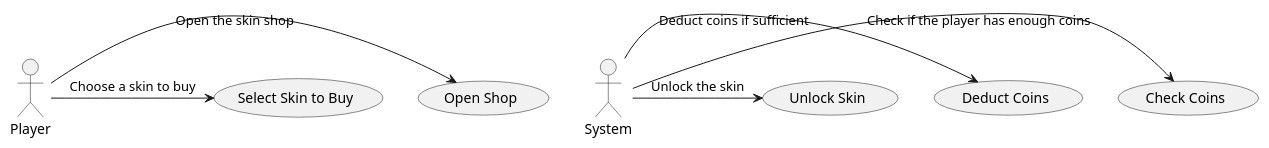
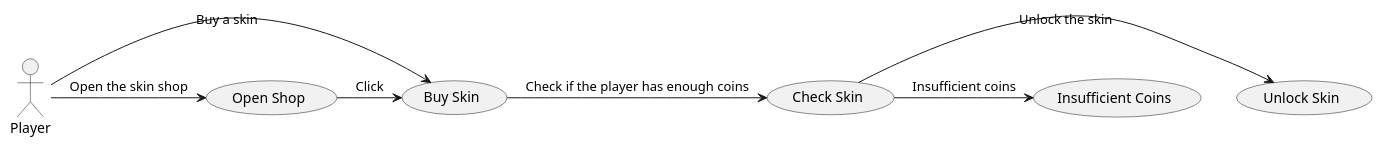
One commit to LosVerinos/Crossy-Road changed the diagram in Diagram/UseCase/buySkin.puml. Above: the diagram before and after it, drawn with PlantUML. The commit also changed 9 other files, not shown here.

```diff
--- a/Diagram/UseCase/buySkin.puml
+++ b/Diagram/UseCase/buySkin.puml
@@ -1,11 +1,11 @@
 @startuml
 actor Player
-actor System
 
-Player -> (Open Shop) : Open the skin shop
-Player -> (Select Skin to Buy) : Choose a skin to buy
-System -> (Check Coins) : Check if the player has enough coins
-System -> (Deduct Coins) : Deduct coins if sufficient
-System -> (Unlock Skin) : Unlock the skin
+(Player) -> (Open Shop) : Open the skin shop
+(Open Shop) -> (Buy Skin): Click
+(Player) -> (Buy Skin) : Buy a skin
+(Buy Skin) -> (Check Skin) : Check if the player has enough coins
+(Check Skin) -> (Unlock Skin) : Unlock the skin
+(Check Skin) -> (Insufficient Coins) : Insufficient coins
 
 @enduml
```
